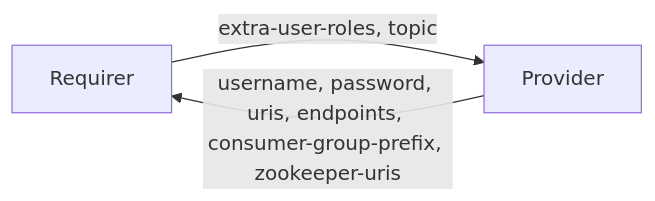
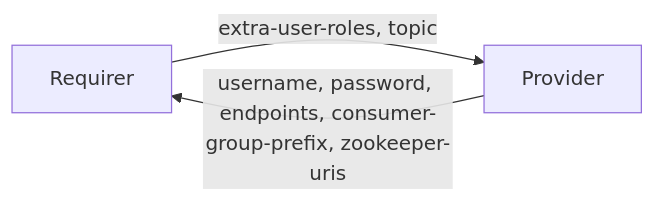
The diagram in interfaces/kafka_client/v0/README.md (canonical/charm-relation-interfaces), drawn with Mermaid before and after one commit. The commit also changed other lines of this file and 1 other file, not shown here.

````diff
--- a/interfaces/kafka_client/v0/README.md
+++ b/interfaces/kafka_client/v0/README.md
@@ -13,5 +13,5 @@
 ```mermaid
 flowchart LR
     Requirer -- extra-user-roles, topic --> Provider
-    Provider -- username, password, uris, endpoints, consumer-group-prefix, zookeeper-uris --> Requirer
+    Provider -- username, password, endpoints, consumer-group-prefix, zookeeper-uris --> Requirer
 ```
````
